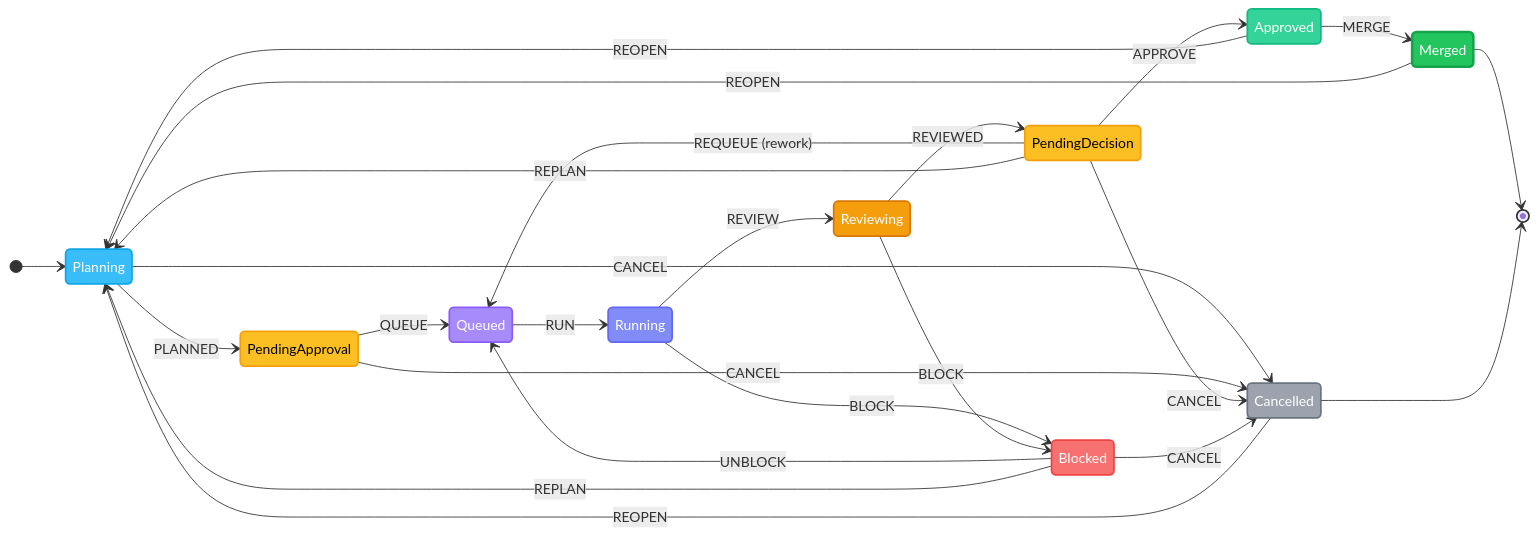
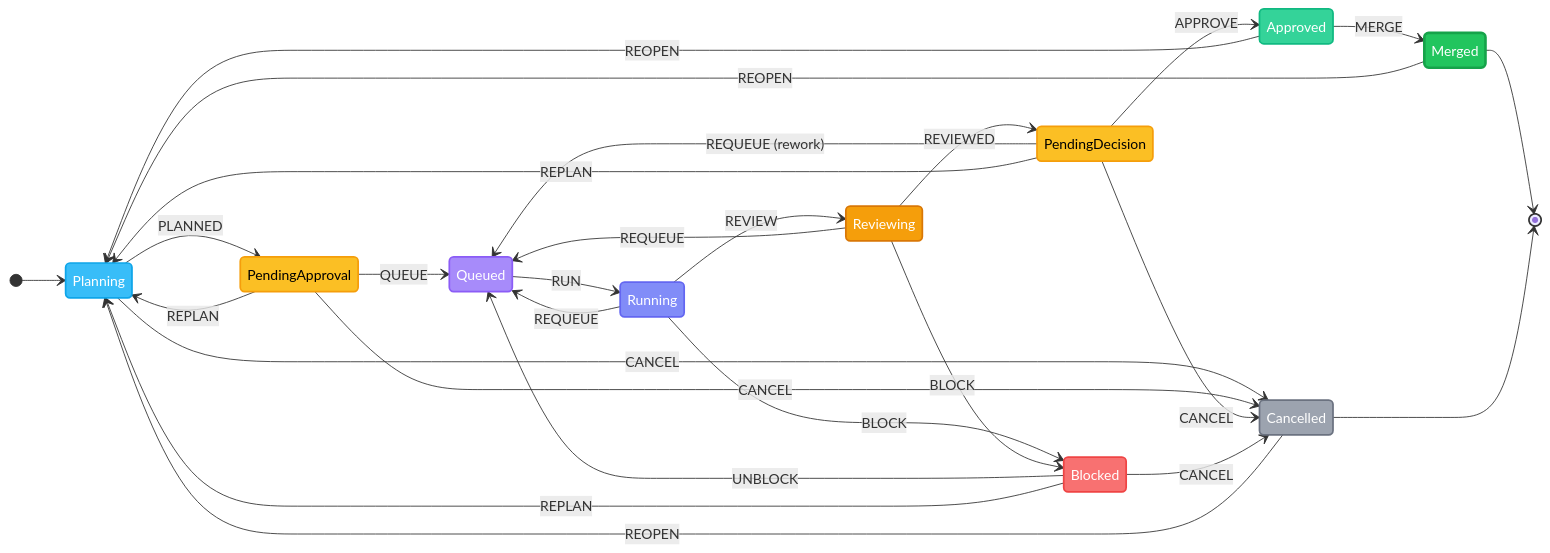
One commit to forattini-dev/fifony changed the diagram in README.md. Above: the diagram before and after it, drawn with Mermaid.

Commit message:
docs: add missing transitions to README state diagram
Added 3 transitions that existed in the FSM config but were missing
from the mermaid diagram:
- PendingApproval → Planning (REPLAN)
- Running → Queued (REQUEUE)
- Reviewing → Queued (REQUEUE)

All 23 transitions now match the FSM config exactly.

````diff
--- a/README.md
+++ b/README.md
@@ -37,53 +37,55 @@
 ```mermaid
 stateDiagram-v2
     direction LR
 
     classDef planning fill:#38bdf8,color:#fff,stroke:#0ea5e9,stroke-width:2px
     classDef approval fill:#fbbf24,color:#000,stroke:#f59e0b,stroke-width:2px
     classDef queued fill:#a78bfa,color:#fff,stroke:#8b5cf6,stroke-width:2px
     classDef running fill:#818cf8,color:#fff,stroke:#6366f1,stroke-width:2px
     classDef review fill:#f59e0b,color:#fff,stroke:#d97706,stroke-width:2px
     classDef done fill:#34d399,color:#fff,stroke:#10b981,stroke-width:2px
     classDef merged fill:#22c55e,color:#fff,stroke:#16a34a,stroke-width:3px
     classDef blocked fill:#f87171,color:#fff,stroke:#ef4444,stroke-width:2px
     classDef cancelled fill:#9ca3af,color:#fff,stroke:#6b7280,stroke-width:2px
 
     [*] --> Planning
     Planning --> PendingApproval: PLANNED
     PendingApproval --> Queued: QUEUE
+    PendingApproval --> Planning: REPLAN
     Queued --> Running: RUN
     Running --> Reviewing: REVIEW
+    Running --> Queued: REQUEUE
+    Running --> Blocked: BLOCK
     Reviewing --> PendingDecision: REVIEWED
+    Reviewing --> Queued: REQUEUE
+    Reviewing --> Blocked: BLOCK
     PendingDecision --> Approved: APPROVE
+    PendingDecision --> Queued: REQUEUE (rework)
+    PendingDecision --> Planning: REPLAN
     Approved --> Merged: MERGE
+    Approved --> Planning: REOPEN
 
-    Running --> Blocked: BLOCK
-    Reviewing --> Blocked: BLOCK
     Blocked --> Queued: UNBLOCK
     Blocked --> Planning: REPLAN
 
-    PendingDecision --> Queued: REQUEUE (rework)
-    PendingDecision --> Planning: REPLAN
-
-    Approved --> Planning: REOPEN
     Merged --> Planning: REOPEN
 
     Planning --> Cancelled: CANCEL
     PendingApproval --> Cancelled: CANCEL
     PendingDecision --> Cancelled: CANCEL
     Blocked --> Cancelled: CANCEL
     Cancelled --> Planning: REOPEN
 
     Merged --> [*]
     Cancelled --> [*]
 
     class Planning planning
     class PendingApproval,PendingDecision approval
     class Queued queued
     class Running running
     class Reviewing review
     class Approved done
     class Merged merged
     class Blocked blocked
     class Cancelled cancelled
 ```
````
